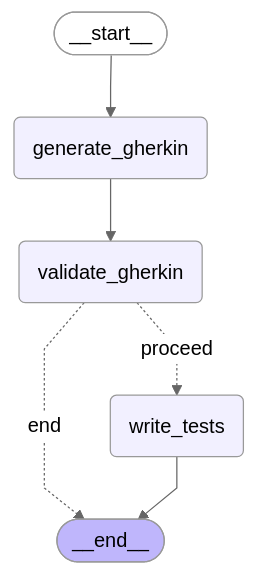
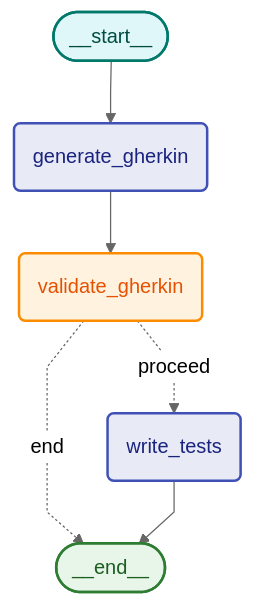
The diagram in output/workflow_diagram.mmd (maryem37/RagAndLoopVersionTestProject), drawn with Mermaid (neutral theme) before and after one commit. The commit also changed 16851 other files, not shown here.

```diff
--- a/output/workflow_diagram.mmd
+++ b/output/workflow_diagram.mmd
@@ -1,19 +1,23 @@
 ---
 config:
   flowchart:
     curve: linear
 ---
 graph TD;
-	__start__([<p>__start__</p>]):::first
-	generate_gherkin(generate_gherkin)
-	validate_gherkin(validate_gherkin)
-	write_tests(write_tests)
-	__end__([<p>__end__</p>]):::last
-	__start__ --> generate_gherkin;
-	generate_gherkin --> validate_gherkin;
-	validate_gherkin -. &nbsp;end&nbsp; .-> __end__;
-	validate_gherkin -. &nbsp;proceed&nbsp; .-> write_tests;
-	write_tests --> __end__;
-	classDef default fill:#f2f0ff,line-height:1.2
-	classDef first fill-opacity:0
-	classDef last fill:#bfb6fc
+    __start__([<p>__start__</p>]):::startNode
+    generate_gherkin(generate_gherkin):::process
+    validate_gherkin(validate_gherkin):::decision
+    write_tests(write_tests):::process
+    __end__([<p>__end__</p>]):::endNode
+
+    __start__ --> generate_gherkin;
+    generate_gherkin --> validate_gherkin;
+    validate_gherkin -. end .-> __end__;
+    validate_gherkin -. proceed .-> write_tests;
+    write_tests --> __end__;
+
+    %% Styles
+    classDef startNode fill:#E0F7FA,stroke:#00796B,stroke-width:2px,color:#004D40
+    classDef process fill:#E8EAF6,stroke:#3F51B5,stroke-width:2px,color:#1A237E
+    classDef decision fill:#FFF3E0,stroke:#FB8C00,stroke-width:2px,color:#E65100
+    classDef endNode fill:#E8F5E9,stroke:#2E7D32,stroke-width:2px,color:#1B5E20
```
